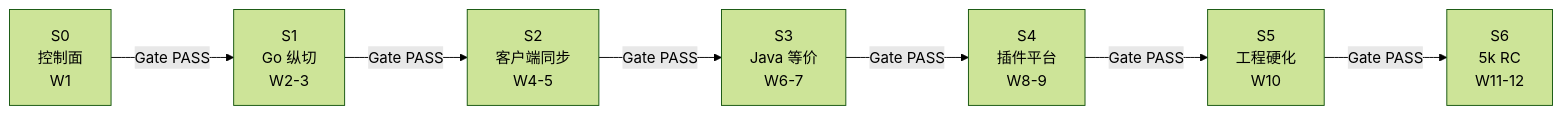
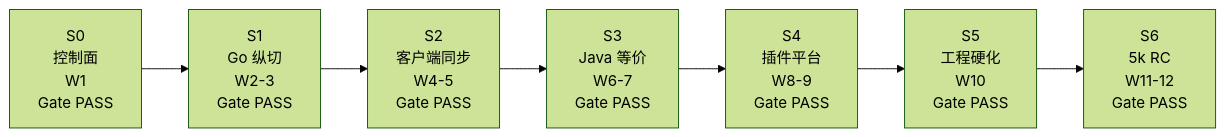
The ninth of 9 diagrams in spec/architecture/frozen-architecture.md (nilesthump/IM-platform), drawn with Mermaid (forest theme) before and after one commit. The commit also changed other lines of this file and 37 other files, not shown here.

Commit message:
fix: preserve all seven stage gate labels in frozen diagram

````diff
--- a/spec/architecture/frozen-architecture.md
+++ b/spec/architecture/frozen-architecture.md
@@ -828,9 +828,9 @@
 ```mermaid
 flowchart LR
-  S0["S0<br/>控制面<br/>W1"] -->|"Gate PASS"| S1["S1<br/>Go 纵切<br/>W2-3"]
-  S1 -->|"Gate PASS"| S2["S2<br/>客户端同步<br/>W4-5"]
-  S2 -->|"Gate PASS"| S3["S3<br/>Java 等价<br/>W6-7"]
-  S3 -->|"Gate PASS"| S4["S4<br/>插件平台<br/>W8-9"]
-  S4 -->|"Gate PASS"| S5["S5<br/>工程硬化<br/>W10"]
-  S5 -->|"Gate PASS"| S6["S6<br/>5k RC<br/>W11-12"]
+  S0["S0<br/>控制面<br/>W1<br/>Gate PASS"] --> S1["S1<br/>Go 纵切<br/>W2-3<br/>Gate PASS"]
+  S1 --> S2["S2<br/>客户端同步<br/>W4-5<br/>Gate PASS"]
+  S2 --> S3["S3<br/>Java 等价<br/>W6-7<br/>Gate PASS"]
+  S3 --> S4["S4<br/>插件平台<br/>W8-9<br/>Gate PASS"]
+  S4 --> S5["S5<br/>工程硬化<br/>W10<br/>Gate PASS"]
+  S5 --> S6["S6<br/>5k RC<br/>W11-12<br/>Gate PASS"]
 ```
````
